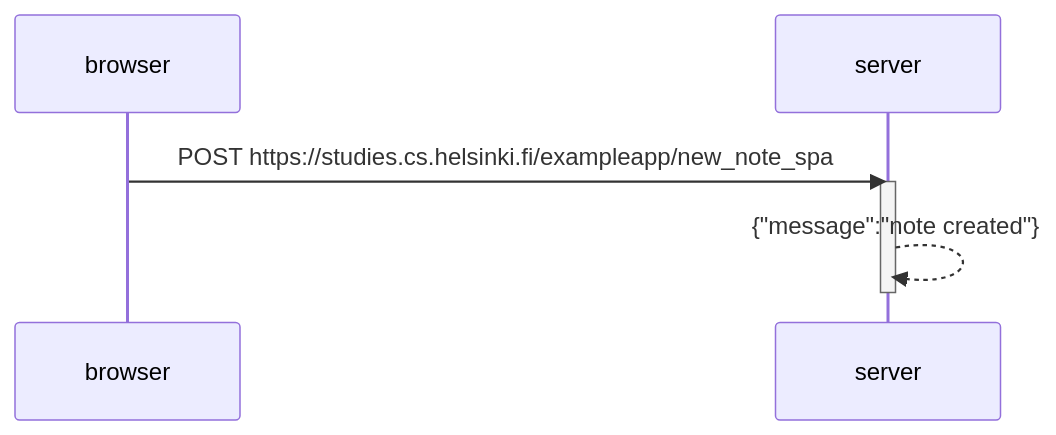
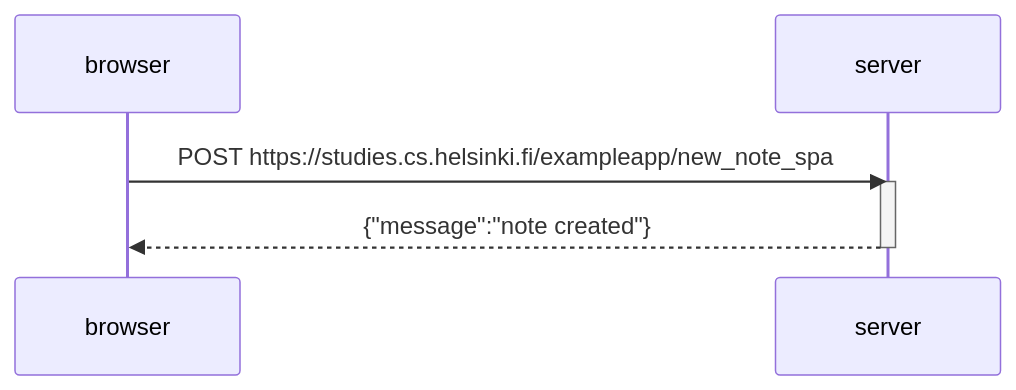
Before and after one commit to z0nsk1/FullStackOpen23: the diagram in osa0/0.6_sekvenssikaavio.md, drawn with Mermaid.

````diff
--- a/osa0/0.6_sekvenssikaavio.md
+++ b/osa0/0.6_sekvenssikaavio.md
@@ -1,10 +1,10 @@
 ```mermaid
 sequenceDiagram
   participant browser
   participant server
 
   browser->>server: POST https://studies.cs.helsinki.fi/exampleapp/new_note_spa
   activate server
-  server-->>server: {"message":"note created"}
+  server-->>browser: {"message":"note created"}
   deactivate server
 ```
````
